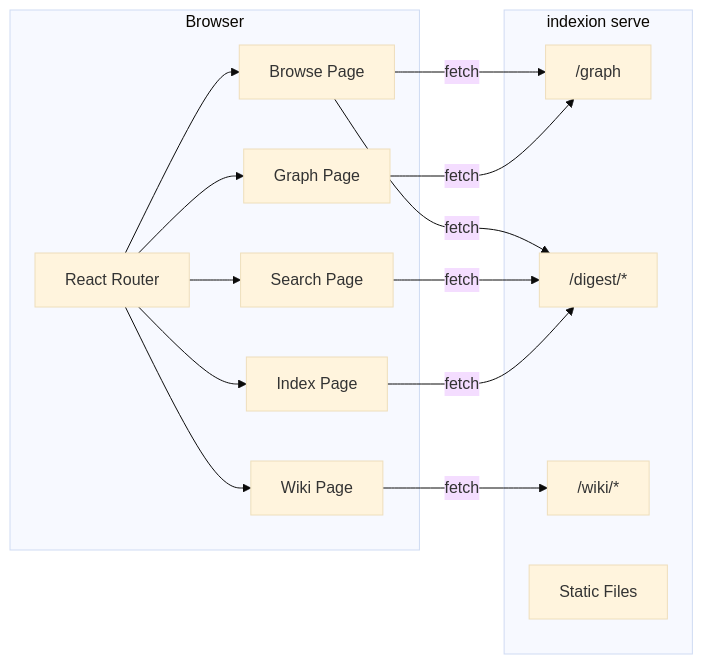
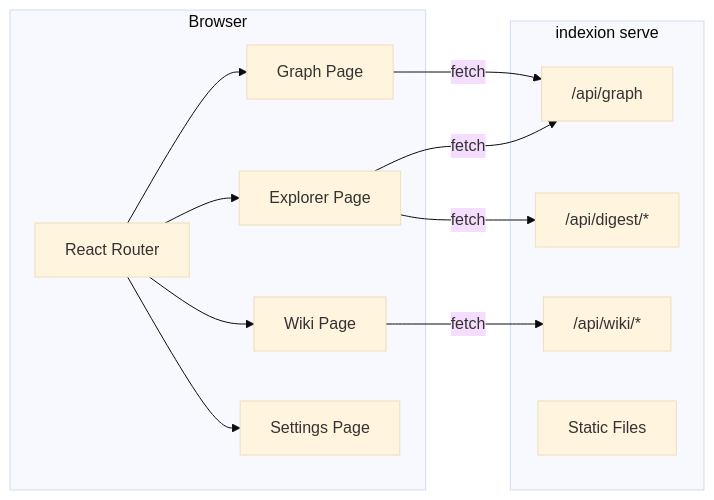
One commit to trkbt10/indexion changed the diagram in .indexion/wiki/deepwiki-frontend.md. Above: the diagram before and after it, drawn with Mermaid (base theme). The commit also changed other lines of this file and 4 other files, not shown here.

First line of the commit message:
fix: mermaid diagram fit stability, centering, nav alignment and UX

````diff
--- a/.indexion/wiki/deepwiki-frontend.md
+++ b/.indexion/wiki/deepwiki-frontend.md
@@ -19,25 +19,22 @@
 ```mermaid
 flowchart LR
     subgraph Browser
         ROUTER[React Router]
-        ROUTER --> BROWSE[Browse Page]
+        ROUTER --> EXPLORER[Explorer Page]
         ROUTER --> GRAPH[Graph Page]
-        ROUTER --> SEARCH[Search Page]
-        ROUTER --> INDEX[Index Page]
         ROUTER --> WIKI[Wiki Page]
+        ROUTER --> SETTINGS[Settings Page]
     end
 
     subgraph Server["indexion serve"]
-        API_GRAPH["/graph"]
-        API_DIGEST["/digest/*"]
-        API_WIKI["/wiki/*"]
+        API_GRAPH["/api/graph"]
+        API_DIGEST["/api/digest/*"]
+        API_WIKI["/api/wiki/*"]
         STATIC[Static Files]
     end
 
-    BROWSE -->|fetch| API_GRAPH
-    BROWSE -->|fetch| API_DIGEST
+    EXPLORER -->|fetch| API_GRAPH
+    EXPLORER -->|fetch| API_DIGEST
     GRAPH -->|fetch| API_GRAPH
-    SEARCH -->|fetch| API_DIGEST
-    INDEX -->|fetch| API_DIGEST
     WIKI -->|fetch| API_WIKI
 ```
````
